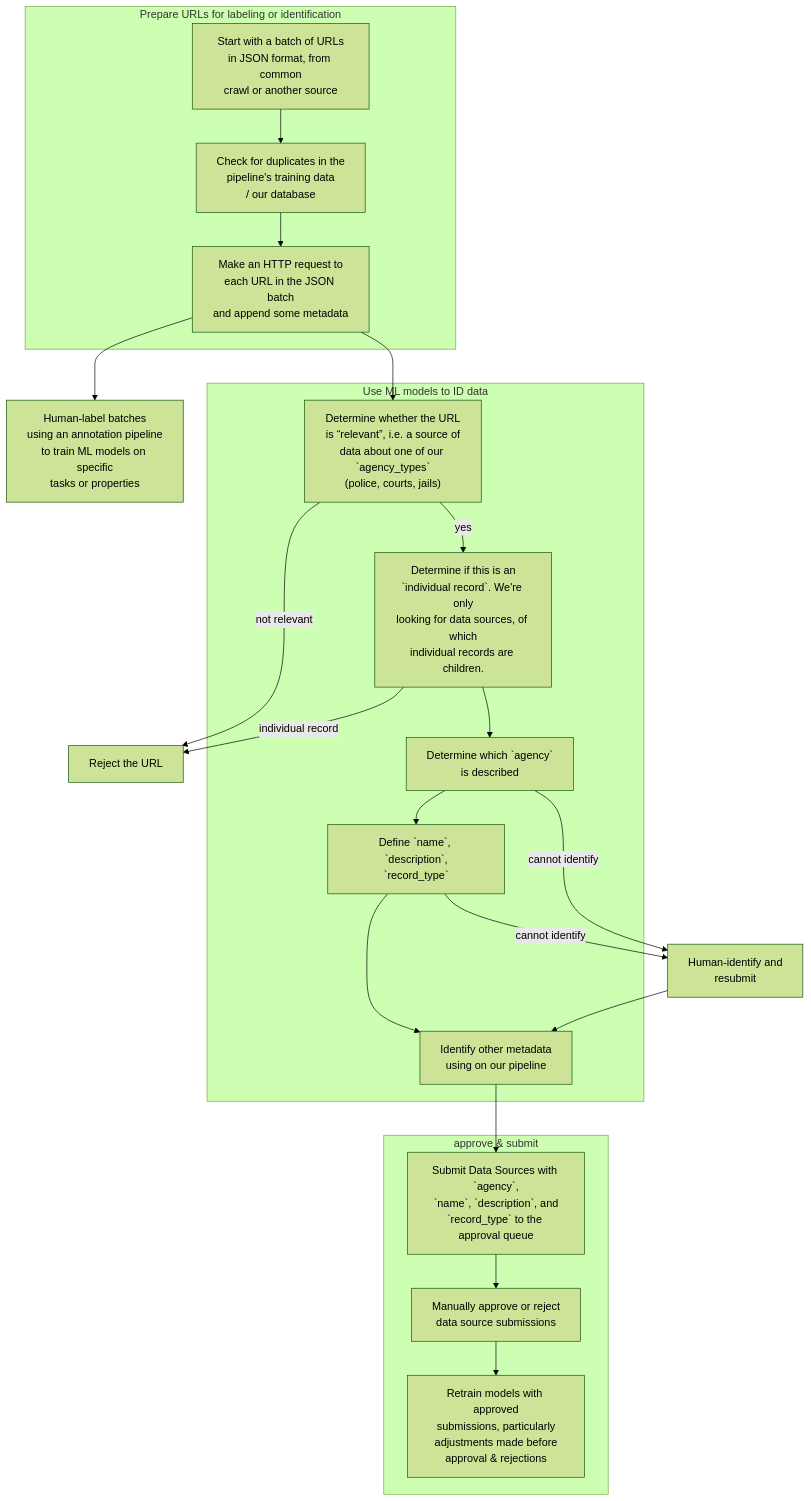
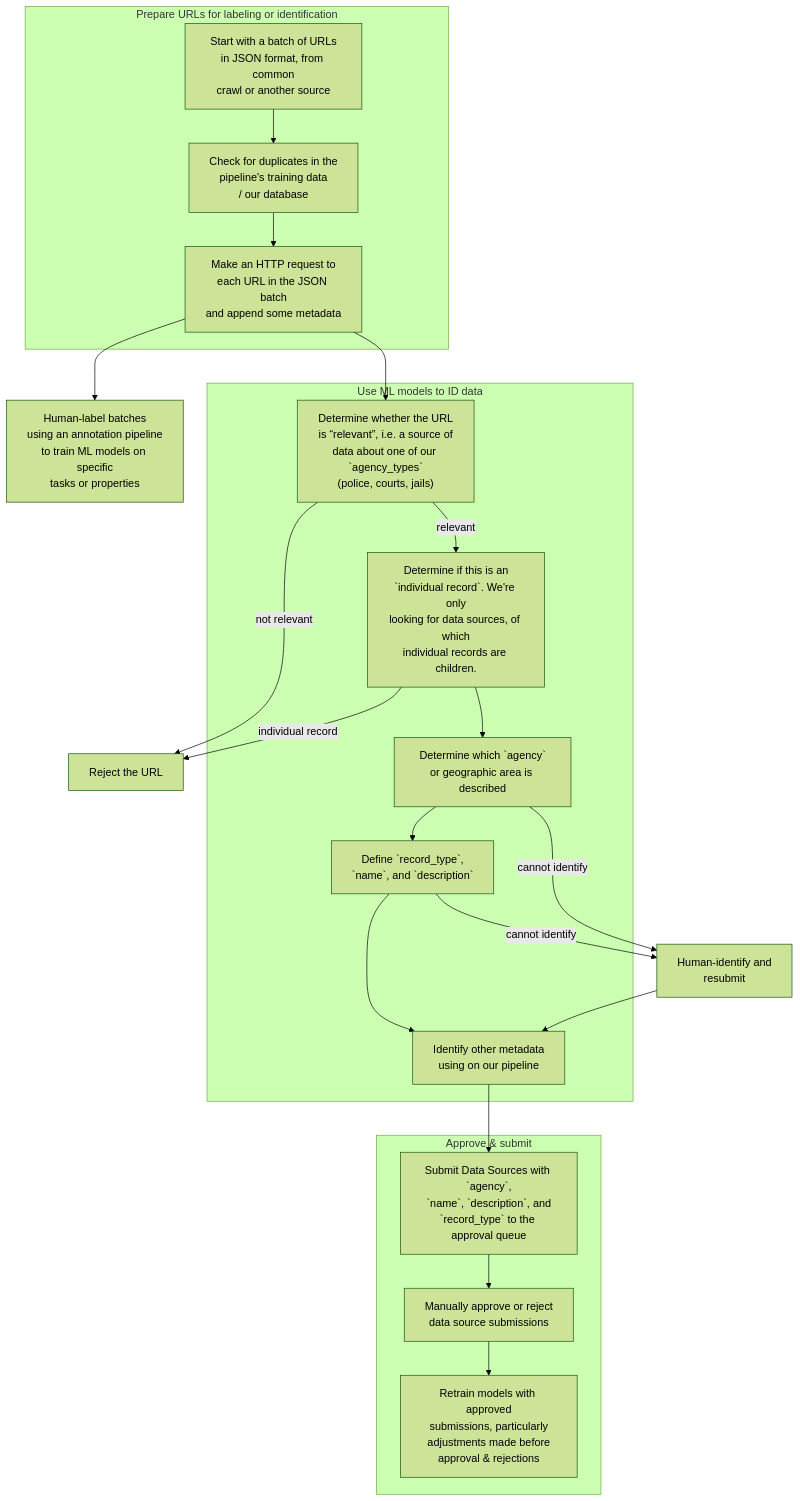
The diagram in README.md (Police-Data-Accessibility-Project/data-source-identification), drawn with Mermaid (forest theme) before and after one commit.

Commit message:
small readme changes

````diff
--- a/README.md
+++ b/README.md
@@ -40,72 +40,72 @@
 ```mermaid
 %% Here's a guide to mermaid syntax: https://mermaid.js.org/syntax/flowchart.html
 
 flowchart TD
 0["Human-label batches
 using an annotation pipeline
 to train ML models on specific
 tasks or properties"]
 A["Start with a batch of URLs
 in JSON format, from common
 crawl or another source"]
 B["Check for duplicates in the
 pipeline's training data
 / our database"]
 C["Make an HTTP request to
 each URL in the JSON batch
 and append some metadata"]
 D["Determine whether the URL
 is “relevant”, i.e. a source of
 data about one of our `agency_types`
 (police, courts, jails)"]
 E["Determine if this is an
 `individual record`. We're only
 looking for data sources, of which
 individual records are children."]
 F["Determine which `agency`
-is described"]
-G["Define `name`, `description`,
-`record_type`"]
+or geographic area is described"]
+G["Define `record_type`,
+`name`, and `description`"]
 H["Identify other metadata
 using on our pipeline"]
 I["Submit Data Sources with `agency`,
 `name`, `description`, and
 `record_type` to the approval queue"]
 J["Manually approve or reject
 data source submissions"]
 K["Retrain models with approved
 submissions, particularly
 adjustments made before
 approval & rejections"]
 reject["Reject the URL"]
 manual["Human-identify and
 resubmit"]
 
 C --> 0
 
 subgraph Prepare URLs for labeling or identification
 A --> B
 B --> C
 end
 
 C --> D
 D -- not relevant --> reject
 E -- individual record --> reject
 
 subgraph Use ML models to ID data
-D -- yes --> E
+D -- relevant --> E
 E --> F
 F --> G
 G --> H
 end
 
 F -- cannot identify --> manual
 G -- cannot identify --> manual
 manual --> H
 H --> I
 
-subgraph approve & submit
+subgraph Approve & submit
 I --> J
 J --> K
 end
 ```
````
